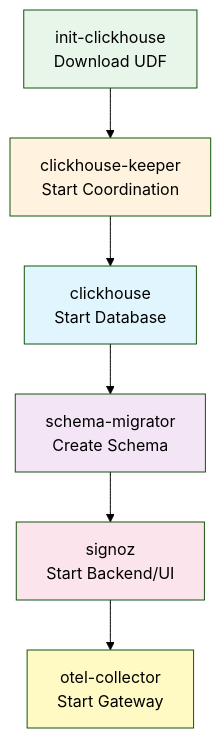
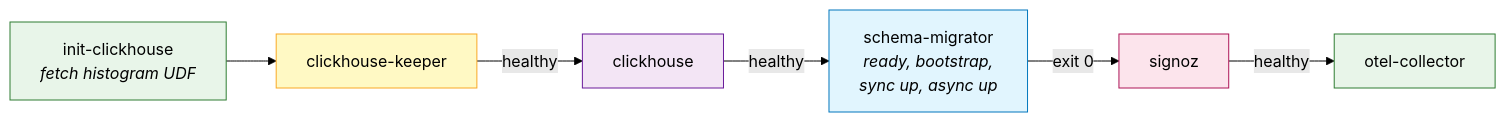
Before and after one commit to thaithienvanid/signoz-clickhouse-keeper: the second of 2 diagrams in README.md, drawn with Mermaid (forest theme). The commit also changed other lines of this file and 46 other files, not shown here.

````diff
--- a/README.md
+++ b/README.md
@@ -696,15 +112,15 @@
 ```mermaid
-graph TD
-    A[init-clickhouse<br/>Download UDF] --> B[clickhouse-keeper<br/>Start Coordination]
-    B --> C[clickhouse<br/>Start Database]
-    C --> D[schema-migrator<br/>Create Schema]
-    D --> E[signoz<br/>Start Backend/UI]
-    E --> F[otel-collector<br/>Start Gateway]
-    
-    style A fill:#e8f5e9
-    style B fill:#fff3e0
-    style C fill:#e1f5fe
-    style D fill:#f3e5f5
-    style E fill:#fce4ec
-    style F fill:#fff9c4
+graph LR
+    A["init-clickhouse<br/><i>fetch histogram UDF</i>"] --> B["clickhouse-keeper"]
+    B -->|healthy| C["clickhouse"]
+    C -->|healthy| D["schema-migrator<br/><i>ready, bootstrap,<br/>sync up, async up</i>"]
+    D -->|exit 0| E["signoz"]
+    E -->|healthy| F["otel-collector"]
+
+    style A fill:#e8f5e9,stroke:#2e7d32
+    style B fill:#fff9c4,stroke:#f9a825
+    style C fill:#f3e5f5,stroke:#6a1b9a
+    style D fill:#e1f5fe,stroke:#0277bd
+    style E fill:#fce4ec,stroke:#ad1457
+    style F fill:#e8f5e9,stroke:#2e7d32
 ```
````
